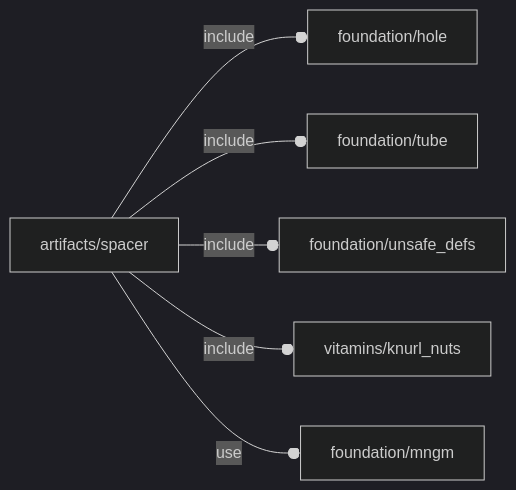
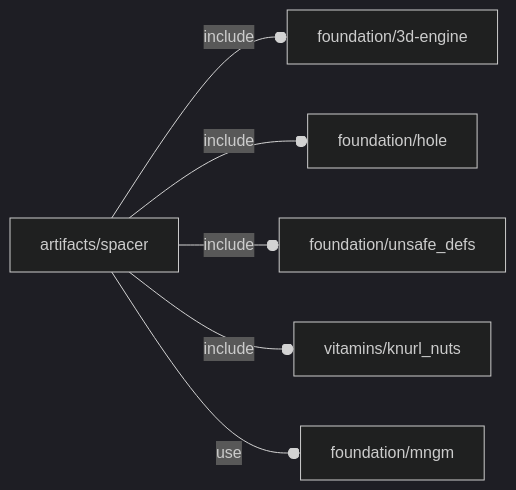
One commit to ggabbiani/OFL changed the diagram in orthodocs/artifacts/spacer.md. Above: the diagram before and after it, drawn with Mermaid (dark theme). The commit also changed 34 other files, not shown here.

Commit message:
tube.scad and torus.scad merged into foundation/3d-engine.scad

````diff
--- a/orthodocs/artifacts/spacer.md
+++ b/orthodocs/artifacts/spacer.md
@@ -5,8 +5,8 @@
 ```mermaid
 graph LR
-    A1[artifacts/spacer] --o|include| A2[foundation/hole]
-    A1 --o|include| A3[foundation/tube]
+    A1[artifacts/spacer] --o|include| A2[foundation/3d-engine]
+    A1 --o|include| A3[foundation/hole]
     A1 --o|include| A4[foundation/unsafe_defs]
     A1 --o|include| A5[vitamins/knurl_nuts]
     A1 --o|use| A6[foundation/mngm]
 ```
````
